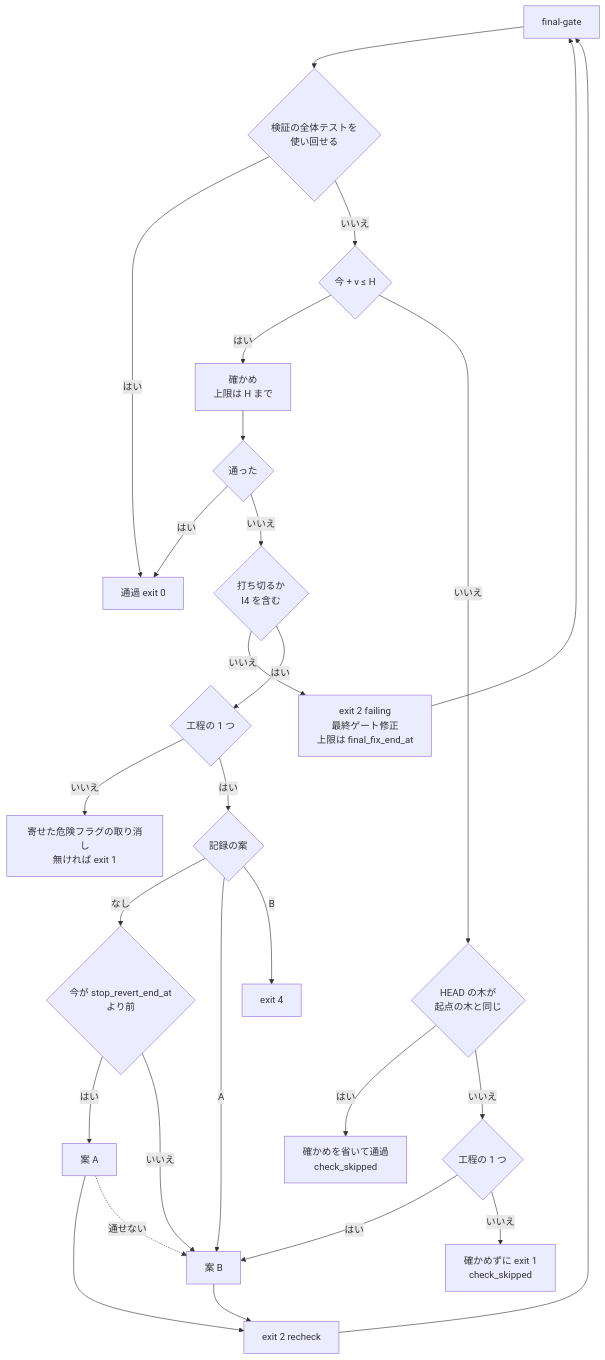
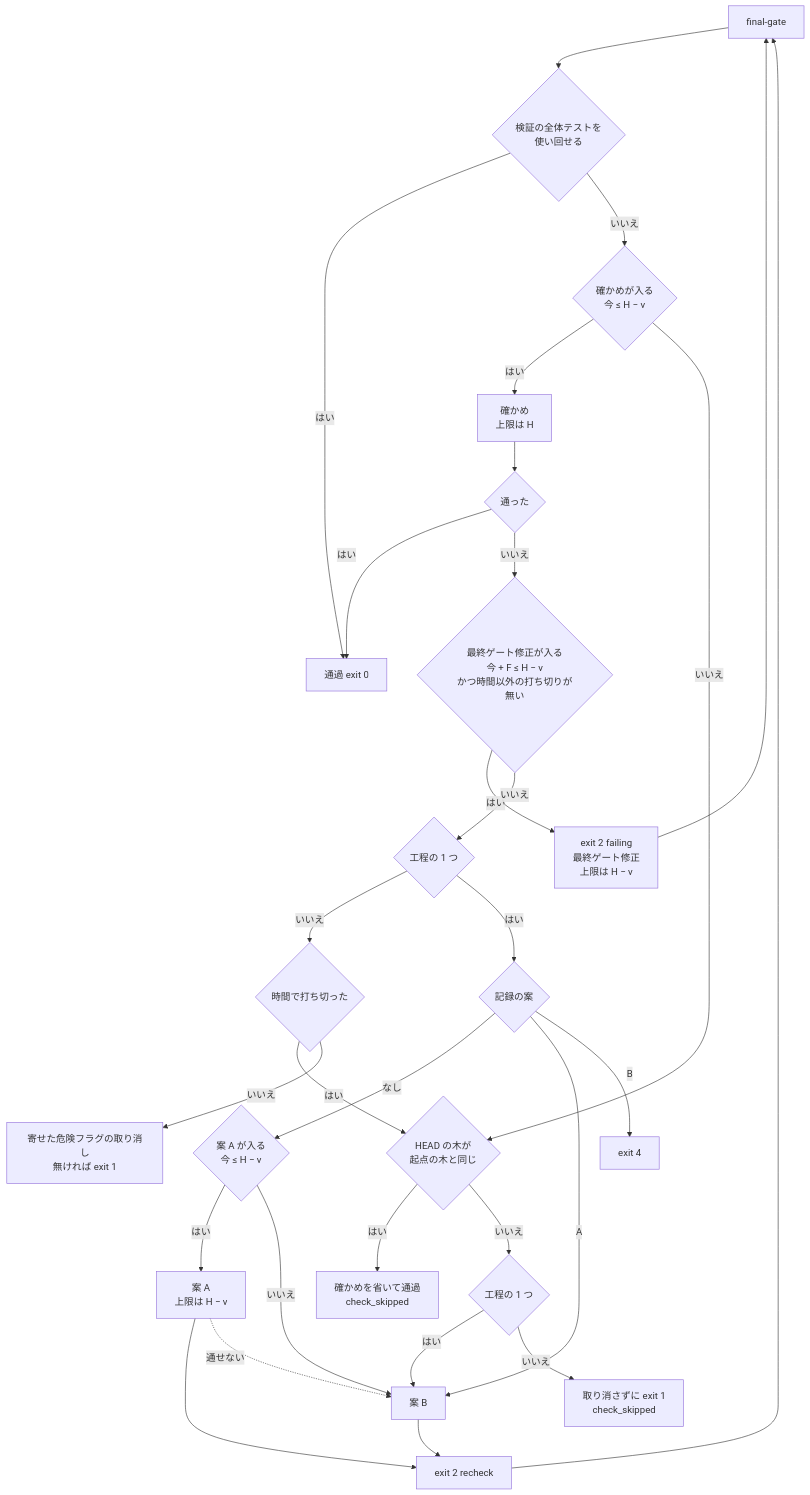
Before and after one commit to devbasex/ai-plugins: the second of 2 diagrams in issues/issue-1932-design.md, drawn with Mermaid. The commit also changed other lines of this file and 3 other files, not shown here.

````diff
--- a/issues/issue-1932-design.md
+++ b/issues/issue-1932-design.md
@@ -146,25 +169,27 @@
 ```mermaid
 flowchart TD
   S[final-gate] --> RU{検証の全体テストを<br/>使い回せる}
   RU -- はい --> PASS[通過 exit 0]
-  RU -- いいえ --> FIT{今 + v ≤ H}
-  FIT -- はい --> RUN[確かめ<br/>上限は H まで] --> OK{通った}
+  RU -- いいえ --> FIT{確かめが入る<br/>今 ≤ H − v}
+  FIT -- はい --> RUN[確かめ<br/>上限は H] --> OK{通った}
   OK -- はい --> PASS
-  OK -- いいえ --> STOP{打ち切るか<br/>I4 を含む}
-  STOP -- いいえ --> FIX[exit 2 failing<br/>最終ゲート修正<br/>上限は final_fix_end_at] --> S
-  STOP -- はい --> WF1{工程の 1 つ}
-  WF1 -- いいえ --> SA[寄せた危険フラグの取り消し<br/>無ければ exit 1]
+  OK -- いいえ --> FF{最終ゲート修正が入る<br/>今 + F ≤ H − v<br/>かつ時間以外の打ち切りが無い}
+  FF -- はい --> FIX[exit 2 failing<br/>最終ゲート修正<br/>上限は H − v] --> S
+  FF -- いいえ --> WF1{工程の 1 つ}
+  WF1 -- いいえ --> SA{時間で打ち切った}
+  SA -- はい --> SAME
+  SA -- いいえ --> SD[寄せた危険フラグの取り消し<br/>無ければ exit 1]
   WF1 -- はい --> REC{記録の案}
-  REC -- なし --> PA{今が stop_revert_end_at<br/>より前}
-  PA -- はい --> A[案 A] --> RE[exit 2 recheck] --> S
+  REC -- なし --> PA{案 A が入る<br/>今 ≤ H − v}
+  PA -- はい --> A[案 A<br/>上限は H − v] --> RE[exit 2 recheck] --> S
   PA -- いいえ --> B[案 B]
   A -. 通せない .-> B
   REC -- A --> B
   REC -- B --> E4[exit 4]
   B --> RE
   FIT -- いいえ --> SAME{HEAD の木が<br/>起点の木と同じ}
   SAME -- はい --> SKIP[確かめを省いて通過<br/>check_skipped]
   SAME -- いいえ --> WF2{工程の 1 つ}
   WF2 -- はい --> B
-  WF2 -- いいえ --> E1[確かめずに exit 1<br/>check_skipped]
+  WF2 -- いいえ --> E1[取り消さずに exit 1<br/>check_skipped]
 ```
````
